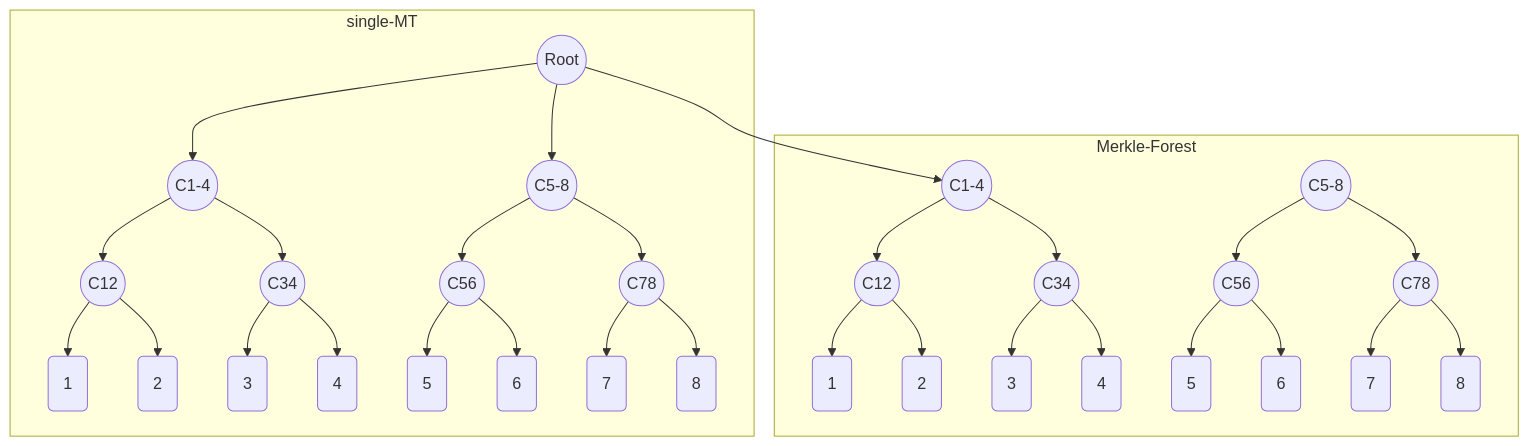
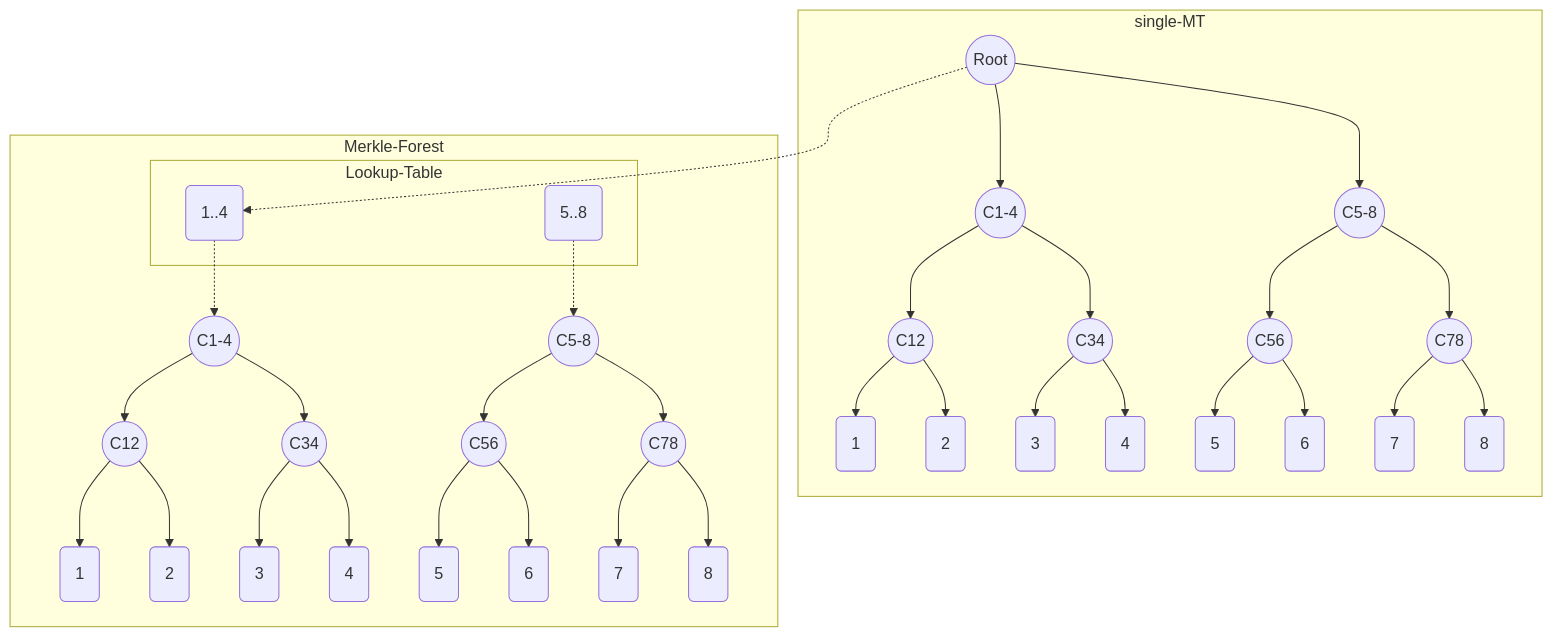
Before and after one commit to Poseidon-ZKP/merkle-forest: the diagram in README.md, drawn with Mermaid.

````diff
--- a/README.md
+++ b/README.md
@@ -29,24 +29,30 @@
 ```mermaid
     graph TD;
         subgraph single-MT
             R((Root))-->C1234 & C5678;
             C1234((C1-4)) --> C12((C12)) & C34((C34));
             C5678((C5-8)) --> C56((C56)) & C78((C78));
             C12-->L1(1) & L2(2)
             C34-->L3(3) & L4(4)
             C56-->L5(5) & L6(6)
             C78-->L7(7) & L8(8)
         end
 
         subgraph Merkle-Forest
+            subgraph Lookup-Table
+                LT1(1..4)
+                LT5(5..8)
+            end
+            LT1 -.-> FC1234;
+            LT5 -.-> FC5678;
             FC1234((C1-4)) --> FC12((C12)) & FC34((C34));
             FC5678((C5-8)) --> FC56((C56)) & FC78((C78));
             FC12-->FL1(1) & FL2(2)
             FC34-->FL3(3) & FL4(4)
             FC56-->FL5(5) & FL6(6)
             FC78-->FL7(7) & FL8(8)
         end
 
-        R --> FC1234
+        R -.-> LT1
 
 ```
````
